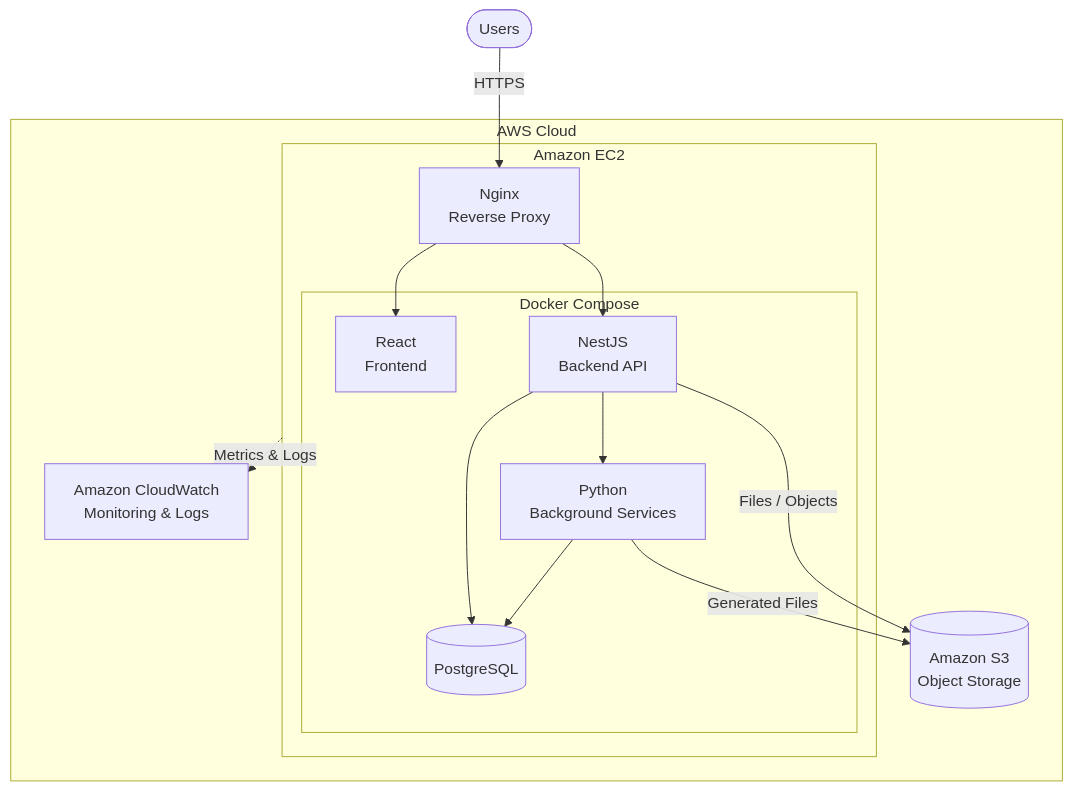
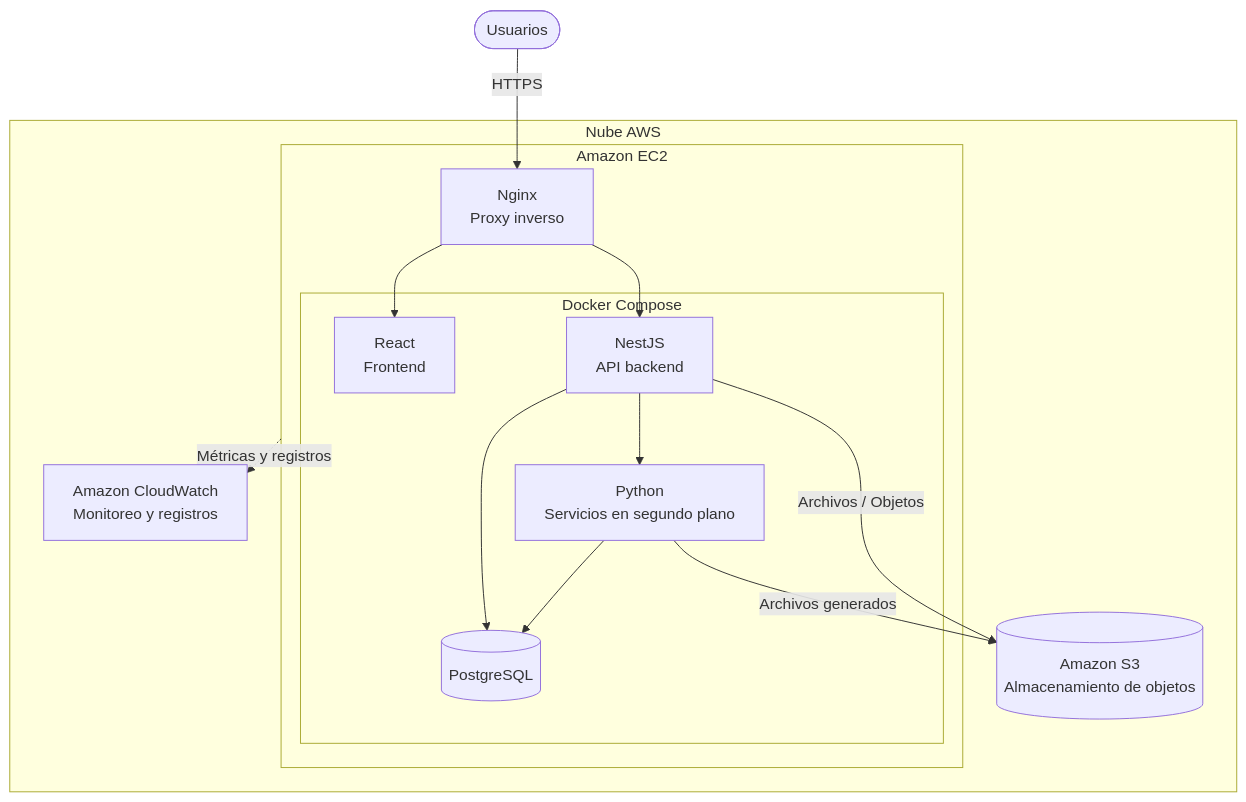
Before and after one commit to MateoCastro304/Sistema-De-Gestion-TC: the first of 5 diagrams in docs/decisions/009-deploy-infrastructure.md, drawn with Mermaid. The commit also changed other lines of this file and 31 other files, not shown here.

````diff
--- a/docs/decisions/009-deploy-infrastructure.md
+++ b/docs/decisions/009-deploy-infrastructure.md
@@ -52,32 +52,32 @@
 ```mermaid
 flowchart TB
-    U([Users])
+    U([Usuarios])
 
-    subgraph AWS["AWS Cloud"]
+    subgraph AWS["Nube AWS"]
         subgraph EC2["Amazon EC2"]
-            NGINX["Nginx<br/>Reverse Proxy"]
+            NGINX["Nginx<br/>Proxy inverso"]
 
             subgraph DOCKER["Docker Compose"]
                 FE["React<br/>Frontend"]
-                BE["NestJS<br/>Backend API"]
-                PY["Python<br/>Background Services"]
+                BE["NestJS<br/>API backend"]
+                PY["Python<br/>Servicios en segundo plano"]
                 DB[("PostgreSQL")]
             end
 
             NGINX --> FE
             NGINX --> BE
             BE --> DB
             BE --> PY
             PY --> DB
         end
 
-        S3[("Amazon S3<br/>Object Storage")]
-        CW["Amazon CloudWatch<br/>Monitoring & Logs"]
+        S3[("Amazon S3<br/>Almacenamiento de objetos")]
+        CW["Amazon CloudWatch<br/>Monitoreo y registros"]
     end
 
     U -->|HTTPS| NGINX
-    BE -->|Files / Objects| S3
-    PY -->|Generated Files| S3
+    BE -->|Archivos / Objetos| S3
+    PY -->|Archivos generados| S3
 
-    EC2 -.->|Metrics & Logs| CW
+    EC2 -.->|Métricas y registros| CW
 ```
````
